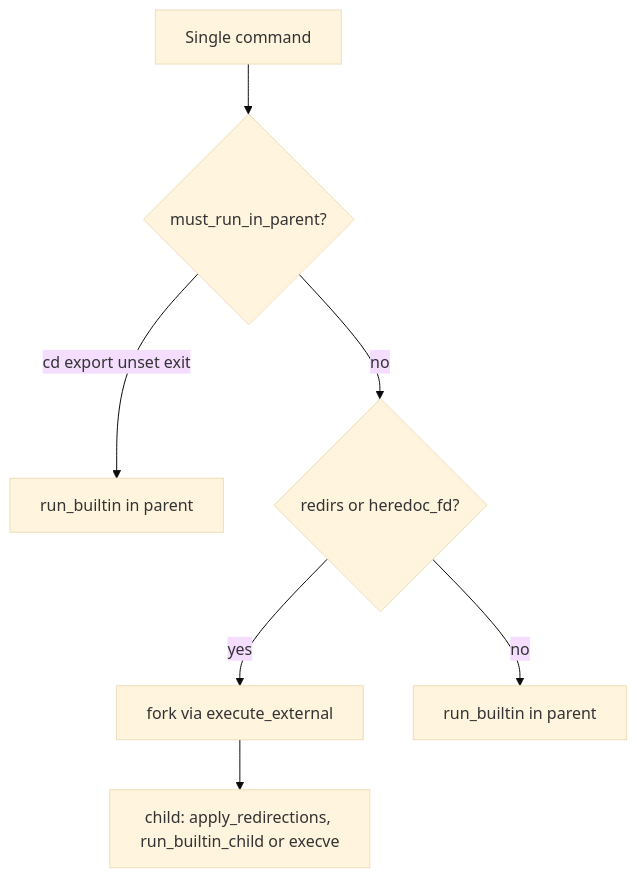
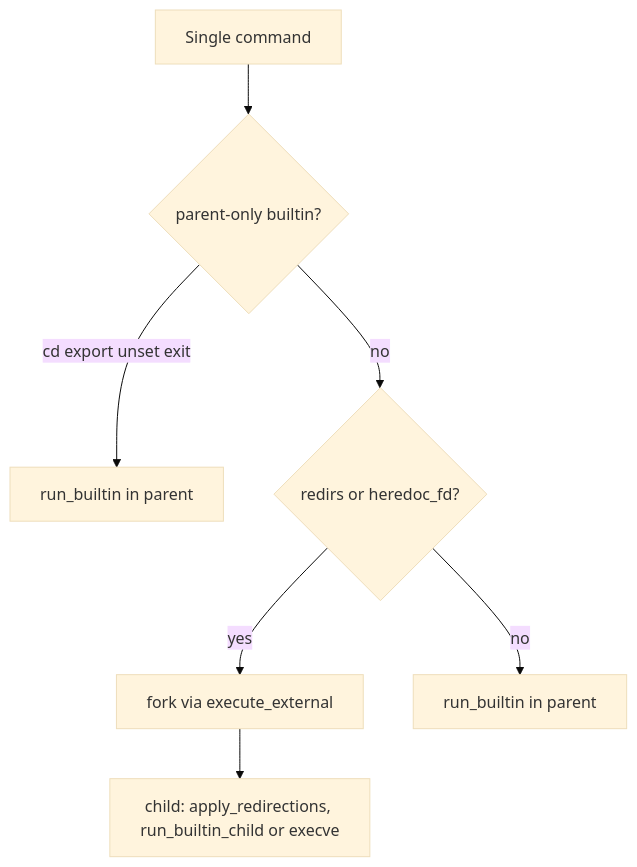
Before and after one commit to gkhavari/minishell: diagram 12 of 14 in docs/MINISHELL_ARCHITECTURE.md, drawn with Mermaid (base theme). The commit also changed other lines of this file and 27 other files, not shown here.

````diff
--- a/docs/MINISHELL_ARCHITECTURE.md
+++ b/docs/MINISHELL_ARCHITECTURE.md
@@ -824,9 +824,9 @@
 ```mermaid
 flowchart TD
-    SC[Single command] --> MT{must_run_in_parent?}
+    SC[Single command] --> MT{parent-only builtin?}
     MT -->|cd export unset exit| PAR[run_builtin in parent]
     MT -->|no| RD{redirs or heredoc_fd?}
     RD -->|yes| FK[fork via execute_external]
     RD -->|no| PAR2[run_builtin in parent]
     FK --> CH[child: apply_redirections, run_builtin_child or execve]
 ```
````
